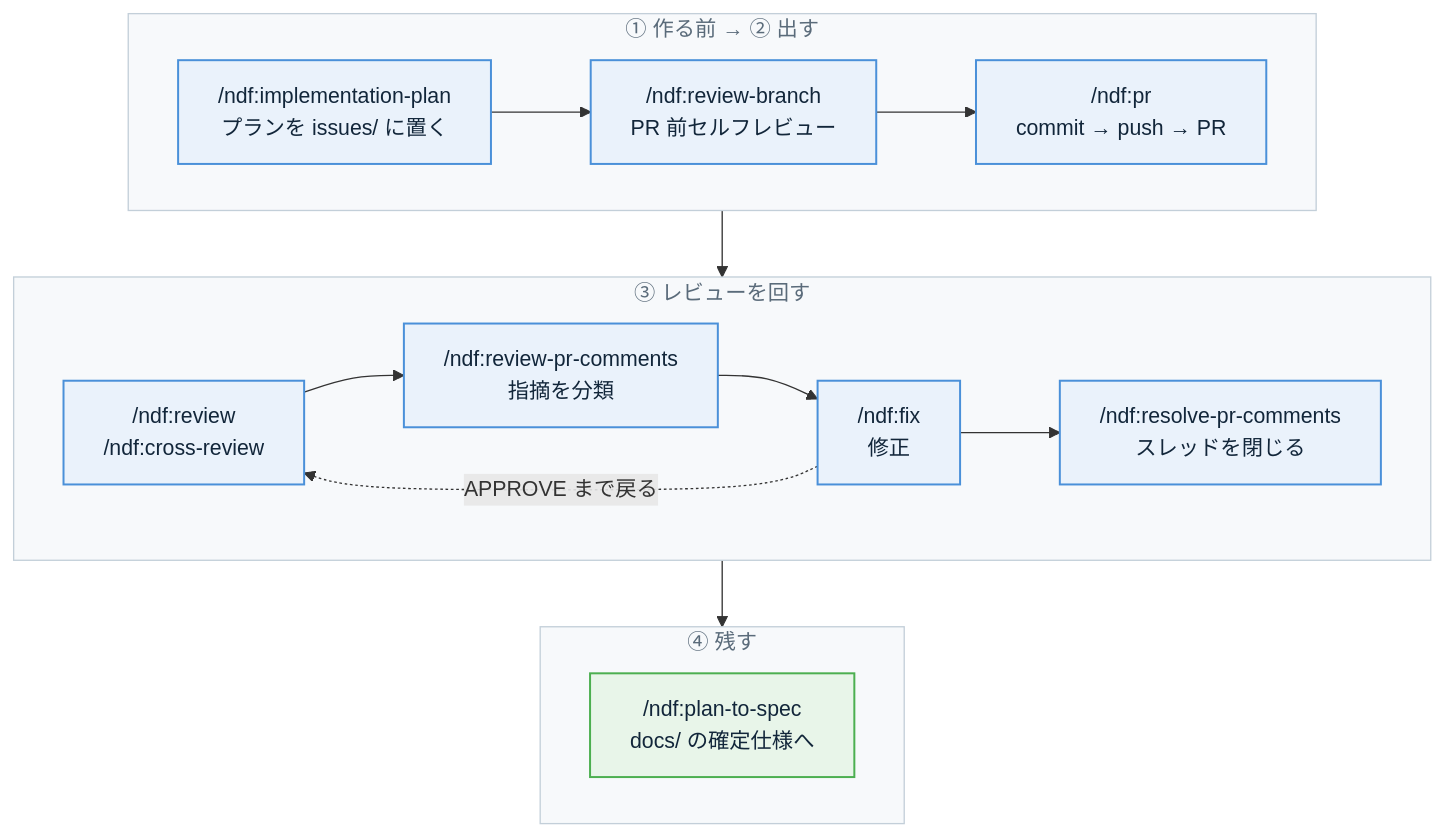
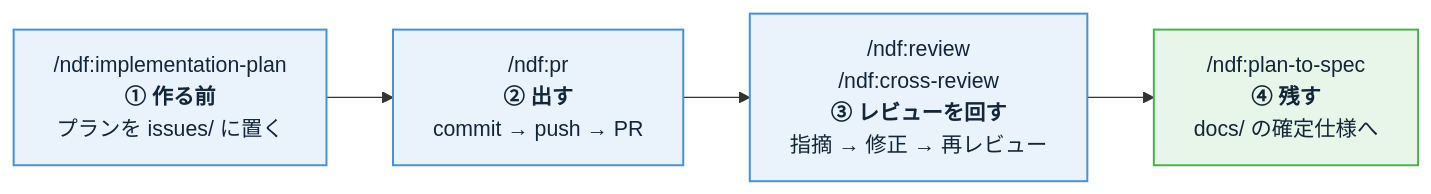
The diagram in docs/presentations/diagrams/pr-flow.mmd (devbasex/ai-plugins), drawn with Mermaid before and after one commit. The commit also changed 4 other files, not shown here.

```diff
--- a/docs/presentations/diagrams/pr-flow.mmd
+++ b/docs/presentations/diagrams/pr-flow.mmd
@@ -1,32 +1,12 @@
-flowchart TB
-  subgraph P1["① 作る前 → ② 出す"]
-    direction LR
-    A["/ndf:implementation-plan<br/>プランを issues/ に置く"]
-    B["/ndf:review-branch<br/>PR 前セルフレビュー"]
-    C["/ndf:pr<br/>commit → push → PR"]
-    A --> B --> C
-  end
+flowchart LR
+  A["/ndf:implementation-plan<br/><b>① 作る前</b><br/>プランを issues/ に置く"]
+  B["/ndf:pr<br/><b>② 出す</b><br/>commit → push → PR"]
+  C["/ndf:review<br/>/ndf:cross-review<br/><b>③ レビューを回す</b><br/>指摘 → 修正 → 再レビュー"]
+  D["/ndf:plan-to-spec<br/><b>④ 残す</b><br/>docs/ の確定仕様へ"]
 
-  subgraph P3["③ レビューを回す"]
-    direction LR
-    D["/ndf:review<br/>/ndf:cross-review"]
-    E["/ndf:review-pr-comments<br/>指摘を分類"]
-    F["/ndf:fix<br/>修正"]
-    G["/ndf:resolve-pr-comments<br/>スレッドを閉じる"]
-    D --> E --> F --> G
-    F -. "APPROVE まで戻る" .-> D
-  end
-
-  subgraph P4["④ 残す"]
-    direction LR
-    H["/ndf:plan-to-spec<br/>docs/ の確定仕様へ"]
-  end
-
-  P1 --> P3 --> P4
+  A --> B --> C --> D
 
   classDef step fill:#eaf2fb,stroke:#4a90d9,stroke-width:1.5px,color:#12263a
   classDef keep fill:#e8f5e9,stroke:#4caf50,stroke-width:1.5px,color:#12263a
-  class A,B,C,D,E,F,G step
-  class H keep
-  classDef phase fill:#f7f9fb,stroke:#c3cfd9,stroke-width:1px,color:#5a6b7a
-  class P1,P3,P4 phase
+  class A,B,C step
+  class D keep
```
